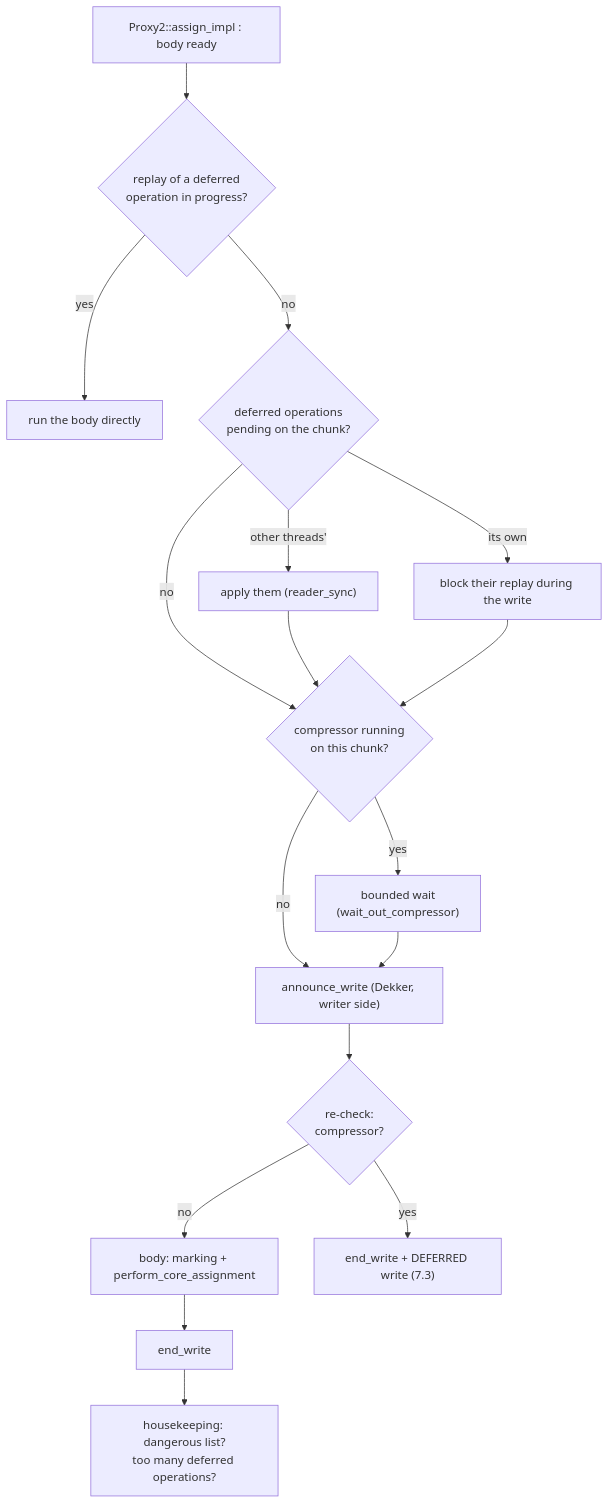
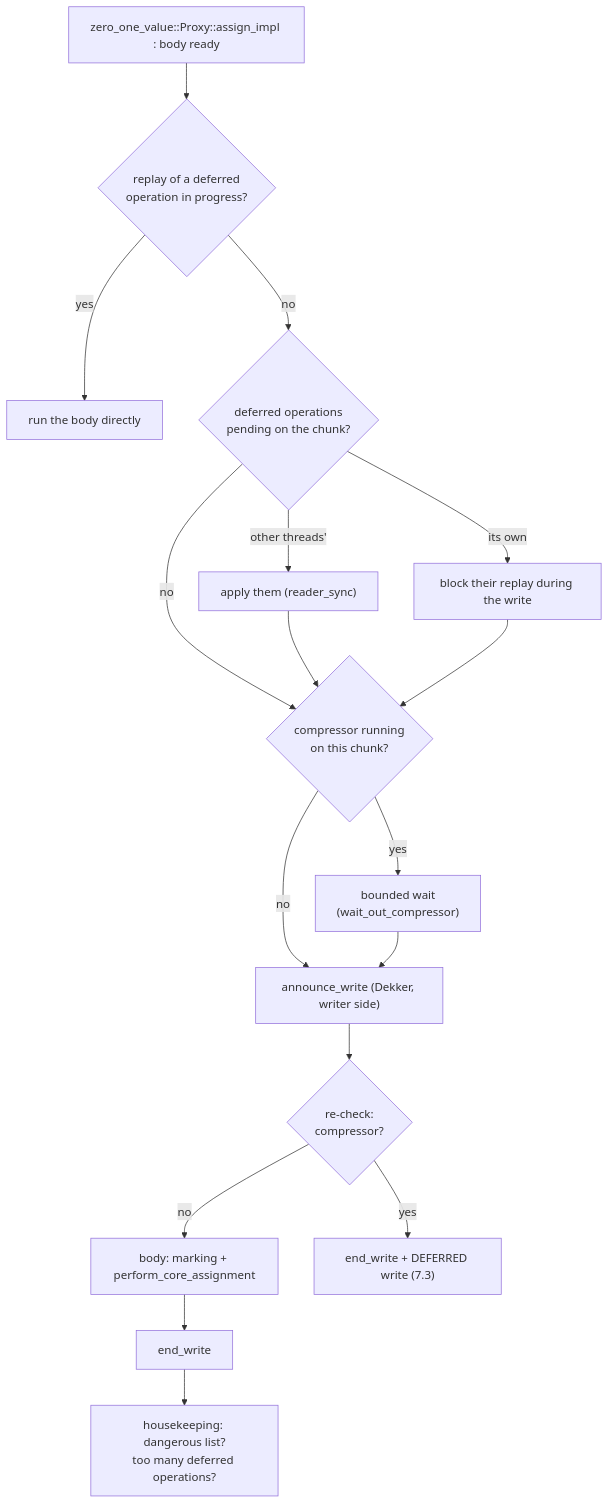
Before and after one commit to cea-hpc/shrink-array: the first of 2 diagrams in docs/algo_zero_one_value.md, drawn with Mermaid. The commit also changed other lines of this file and 3 other files, not shown here.

First line of the commit message:
docs: the algo_ documents name the proxies zero_one_value::Proxy / zero_any::Proxy

````diff
--- a/docs/algo_zero_one_value.md
+++ b/docs/algo_zero_one_value.md
@@ -269,19 +269,19 @@
 ```mermaid
 flowchart TD
-    A["Proxy2::assign_impl : body ready"] --> B{"replay of a deferred<br/>operation in progress?"}
+    A["zero_one_value::Proxy::assign_impl : body ready"] --> B{"replay of a deferred<br/>operation in progress?"}
     B -->|yes| B1["run the body directly"]
     B -->|no| C{"deferred operations<br/>pending on the chunk?"}
     C -->|"other threads'"| C1["apply them (reader_sync)"]
     C -->|"its own"| C2["block their replay during the write"]
     C -->|no| D
     C1 --> D
     C2 --> D
     D{"compressor running<br/>on this chunk?"} -->|yes| D1["bounded wait<br/>(wait_out_compressor)"]
     D -->|no| E
     D1 --> E["announce_write (Dekker, writer side)"]
     E --> F{"re-check:<br/>compressor?"}
     F -->|no| G["body: marking + perform_core_assignment"]
     G --> H["end_write"]
     H --> I["housekeeping: dangerous list?<br/>too many deferred operations?"]
     F -->|yes| J["end_write + DEFERRED write (7.3)"]
 ```
````
